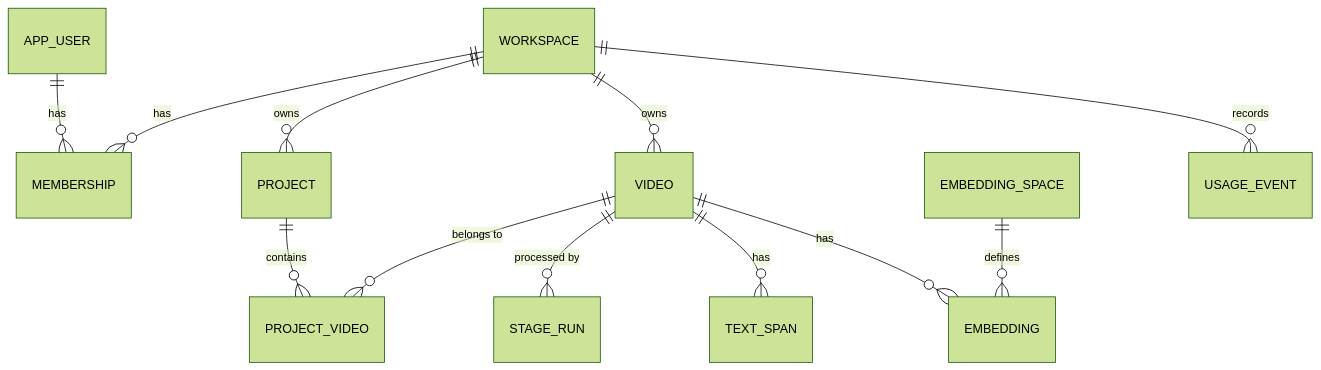
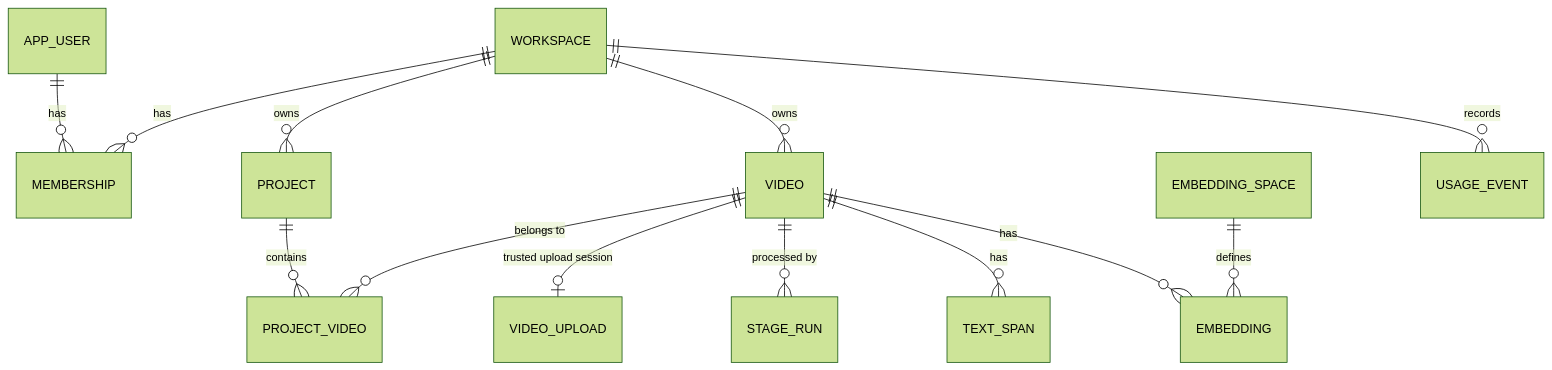
Before and after one commit to realOzine/videohelper: diagram 16 of 19 in docs/design.md, drawn with Mermaid (forest theme). The commit also changed other lines of this file, not shown here.

Commit message:
docs: align design diagrams with model plugins

````diff
--- a/docs/design.md
+++ b/docs/design.md
@@ -654,14 +677,15 @@
 ```mermaid
 erDiagram
   WORKSPACE ||--o{ MEMBERSHIP : has
   APP_USER ||--o{ MEMBERSHIP : has
   WORKSPACE ||--o{ PROJECT : owns
   WORKSPACE ||--o{ VIDEO : owns
   PROJECT ||--o{ PROJECT_VIDEO : contains
   VIDEO ||--o{ PROJECT_VIDEO : "belongs to"
+  VIDEO ||--o| VIDEO_UPLOAD : "trusted upload session"
   VIDEO ||--o{ STAGE_RUN : "processed by"
   VIDEO ||--o{ TEXT_SPAN : has
   VIDEO ||--o{ EMBEDDING : has
   EMBEDDING_SPACE ||--o{ EMBEDDING : defines
   WORKSPACE ||--o{ USAGE_EVENT : records
 ```
````
